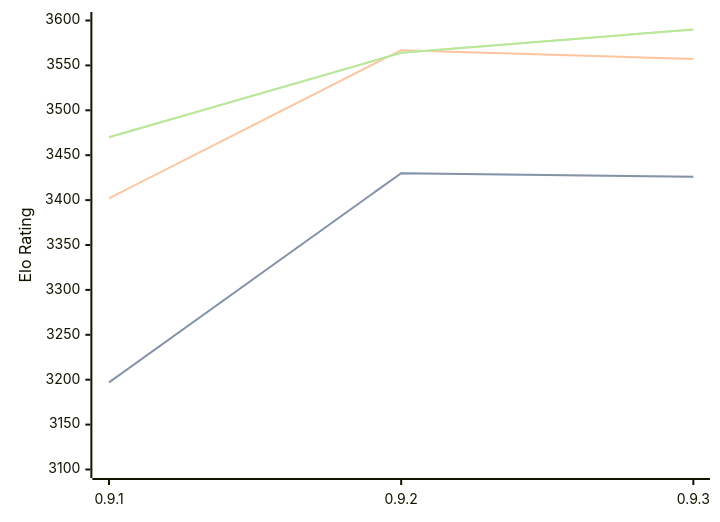
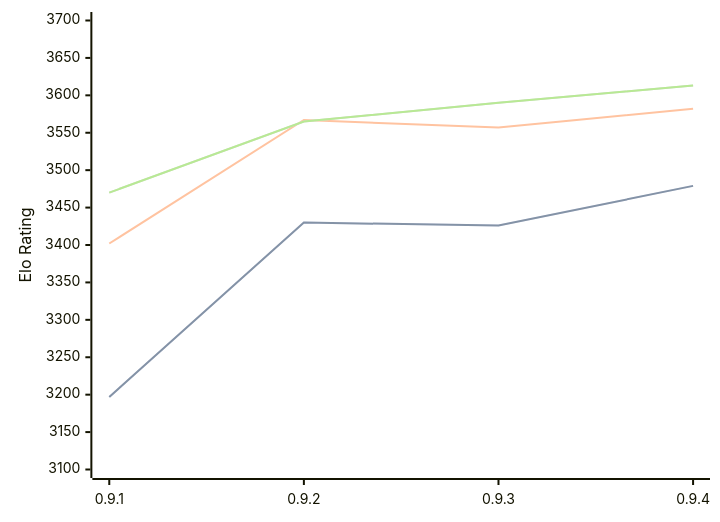
Before and after one commit to computer-chess-index/cci: the diagram in engines/Coda.md, drawn with Mermaid. The commit also changed other lines of this file, not shown here.

Commit message:
Update CCI Ratings (ELO VLTC) - 2026-08-23

````diff
--- a/engines/Coda.md
+++ b/engines/Coda.md
@@ -33,11 +34,11 @@
 ```mermaid
 %%{init: {"theme":"base","themeVariables":{"seriesColors:['#a3a3a3','#222221','#faa371']}}}%%
 xychart-beta
-  x-axis ["0.9.1", "0.9.2", "0.9.3"]
-  y-axis "Elo Rating" 3100 --> 3600
-  line "STC (8.0+0.08s)" [3197, 3430, 3426]
-  line "STC (8.0+0.08s)" [3197, 3430, 3426]
-  line "LTC (60.0+0.60s)" [3402, 3567, 3557]
-  line "VLTC (2m24s+1.12s)" [3470, 3564, 3590]
-  line "VLTC (2m24s+1.12s)" [3470, 3564, 3590]
+  x-axis ["0.9.1", "0.9.2", "0.9.3", "0.9.4"]
+  y-axis "Elo Rating" 3100 --> 3700
+  line "STC (8.0+0.08s)" [3197, 3430, 3426, 3479]
+  line "STC (8.0+0.08s)" [3197, 3430, 3426, 3479]
+  line "LTC (60.0+0.60s)" [3402, 3567, 3557, 3582]
+  line "VLTC (2m24s+1.12s)" [3470, 3565, 3590, 3613]
+  line "VLTC (2m24s+1.12s)" [3470, 3565, 3590, 3613]
 ```
````
